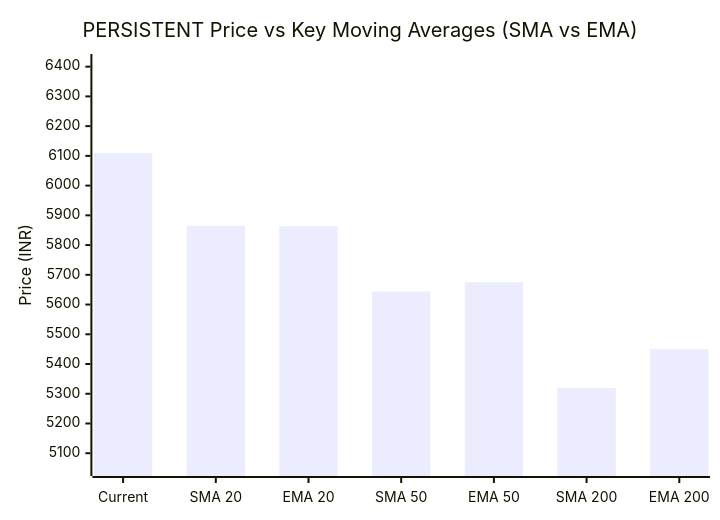
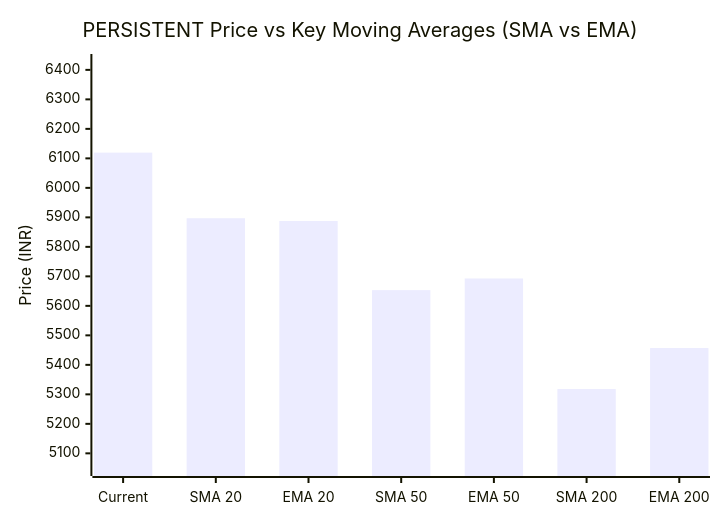
One commit to purnareddy9/dev changed the third of 3 diagrams in market-intelligence/stocks/PERSISTENT/latest.md. Above: the diagram before and after it, drawn with Mermaid. The commit also changed other lines of this file and 4 other files, not shown here.

````diff
--- a/market-intelligence/stocks/PERSISTENT/latest.md
+++ b/market-intelligence/stocks/PERSISTENT/latest.md
@@ -74,7 +104,7 @@
 ```mermaid
 xychart-beta
     title "PERSISTENT Price vs Key Moving Averages (SMA vs EMA)"
     x-axis ["Current", "SMA 20", "EMA 20", "SMA 50", "EMA 50", "SMA 200", "EMA 200"]
-    y-axis "Price (INR)" 5052 --> 6414
-    bar [6109.5, 5864.48, 5863.21, 5643.96, 5675.35, 5318.73, 5450.29]
+    y-axis "Price (INR)" 5052 --> 6425
+    bar [6119.5, 5897.05, 5887.62, 5653.25, 5692.77, 5317.96, 5456.95]
 ```
````
